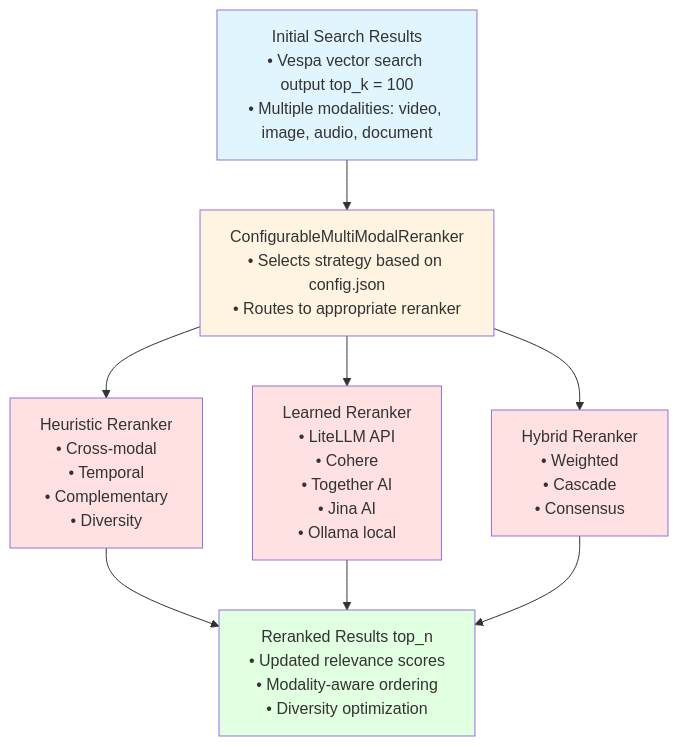
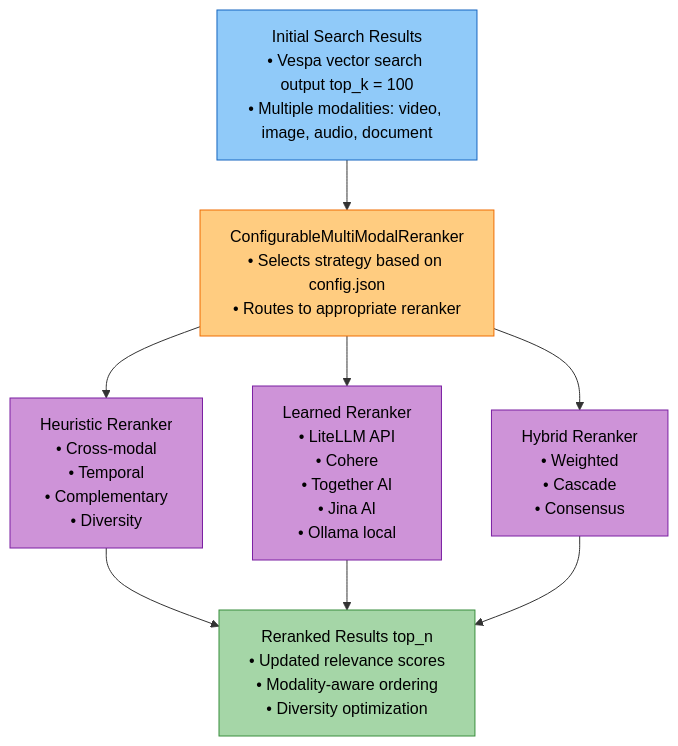
One commit to amit-jain/cogniverse changed the second of 3 diagrams in docs/modules/search-reranking.md. Above: the diagram before and after it, drawn with Mermaid. The commit also changed other lines of this file and 83 other files, not shown here.

First line of the commit message:
Fix documentation veracity, formatting, and diagrams across all modules

````diff
--- a/docs/modules/search-reranking.md
+++ b/docs/modules/search-reranking.md
@@ -68,21 +69,21 @@
 ```mermaid
-graph TB
-    InitialResults[Initial Search Results<br/>• Vespa vector search output top_k = 100<br/>• Multiple modalities: video, image, audio, document]
+flowchart TB
+    InitialResults["<span style='color:#000'>Initial Search Results<br/>• Vespa vector search output top_k = 100<br/>• Multiple modalities: video, image, audio, document</span>"]
 
-    InitialResults --> Configurable[ConfigurableMultiModalReranker<br/>• Selects strategy based on config.json<br/>• Routes to appropriate reranker]
+    InitialResults --> Configurable["<span style='color:#000'>ConfigurableMultiModalReranker<br/>• Selects strategy based on config.json<br/>• Routes to appropriate reranker</span>"]
 
-    Configurable --> Heuristic[Heuristic Reranker<br/>• Cross-modal<br/>• Temporal<br/>• Complementary<br/>• Diversity]
-    Configurable --> Learned[Learned Reranker<br/>• LiteLLM API<br/>• Cohere<br/>• Together AI<br/>• Jina AI<br/>• Ollama local]
-    Configurable --> Hybrid[Hybrid Reranker<br/>• Weighted<br/>• Cascade<br/>• Consensus]
+    Configurable --> Heuristic["<span style='color:#000'>Heuristic Reranker<br/>• Cross-modal<br/>• Temporal<br/>• Complementary<br/>• Diversity</span>"]
+    Configurable --> Learned["<span style='color:#000'>Learned Reranker<br/>• LiteLLM API<br/>• Cohere<br/>• Together AI<br/>• Jina AI<br/>• Ollama local</span>"]
+    Configurable --> Hybrid["<span style='color:#000'>Hybrid Reranker<br/>• Weighted<br/>• Cascade<br/>• Consensus</span>"]
 
-    Heuristic --> Reranked[Reranked Results top_n<br/>• Updated relevance scores<br/>• Modality-aware ordering<br/>• Diversity optimization]
+    Heuristic --> Reranked["<span style='color:#000'>Reranked Results top_n<br/>• Updated relevance scores<br/>• Modality-aware ordering<br/>• Diversity optimization</span>"]
     Learned --> Reranked
     Hybrid --> Reranked
 
-    style InitialResults fill:#e1f5ff
-    style Configurable fill:#fff4e1
-    style Heuristic fill:#ffe1e1
-    style Learned fill:#ffe1e1
-    style Hybrid fill:#ffe1e1
-    style Reranked fill:#e1ffe1
+    style InitialResults fill:#90caf9,stroke:#1565c0,color:#000
+    style Configurable fill:#ffcc80,stroke:#ef6c00,color:#000
+    style Heuristic fill:#ce93d8,stroke:#7b1fa2,color:#000
+    style Learned fill:#ce93d8,stroke:#7b1fa2,color:#000
+    style Hybrid fill:#ce93d8,stroke:#7b1fa2,color:#000
+    style Reranked fill:#a5d6a7,stroke:#388e3c,color:#000
 ```
````
